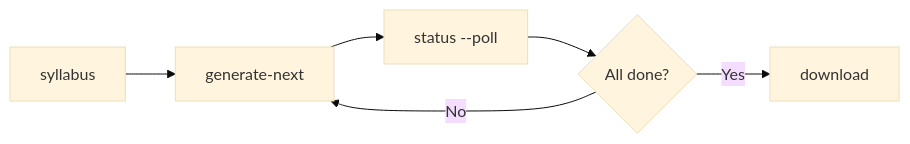
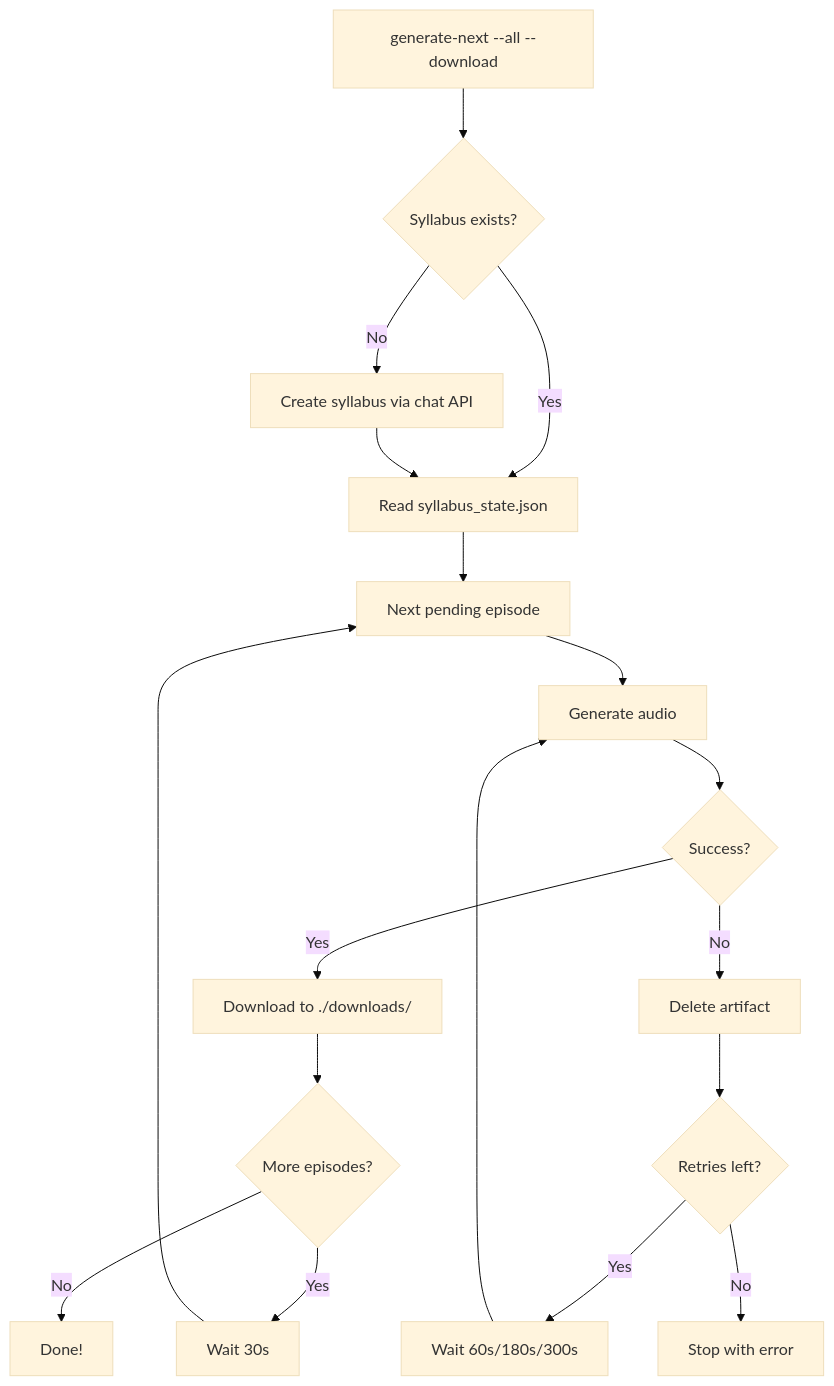
The third of 3 diagrams in docs/guide-generate-overviews.md (NetDevAutomate/notebooklm-pdf-by-chapters), drawn with Mermaid (base theme) before and after one commit. The commit also changed other lines of this file and 5 other files, not shown here.

First line of the commit message:
docs: update all docs for --all, --download, title case, and API errors

````diff
--- a/docs/guide-generate-overviews.md
+++ b/docs/guide-generate-overviews.md
@@ -139,8 +125,20 @@
 ```mermaid
-flowchart LR
-    A[syllabus] --> B[generate-next]
-    B --> C[status --poll]
-    C --> D{All done?}
-    D -->|No| B
-    D -->|Yes| E[download]
+flowchart TD
+    A["generate-next --all --download"] --> B{Syllabus exists?}
+    B -->|No| C[Create syllabus via chat API]
+    B -->|Yes| D[Read syllabus_state.json]
+    C --> D
+    D --> E[Next pending episode]
+    E --> F[Generate audio]
+    F --> G{Success?}
+    G -->|Yes| H[Download to ./downloads/]
+    H --> I{More episodes?}
+    G -->|No| J[Delete artifact]
+    J --> K{Retries left?}
+    K -->|Yes| L["Wait 60s/180s/300s"]
+    L --> F
+    K -->|No| M[Stop with error]
+    I -->|Yes| N[Wait 30s]
+    N --> E
+    I -->|No| O[Done!]
 ```
````
